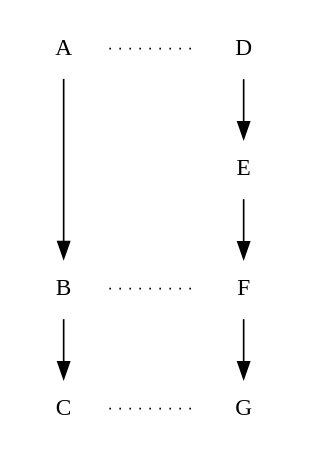
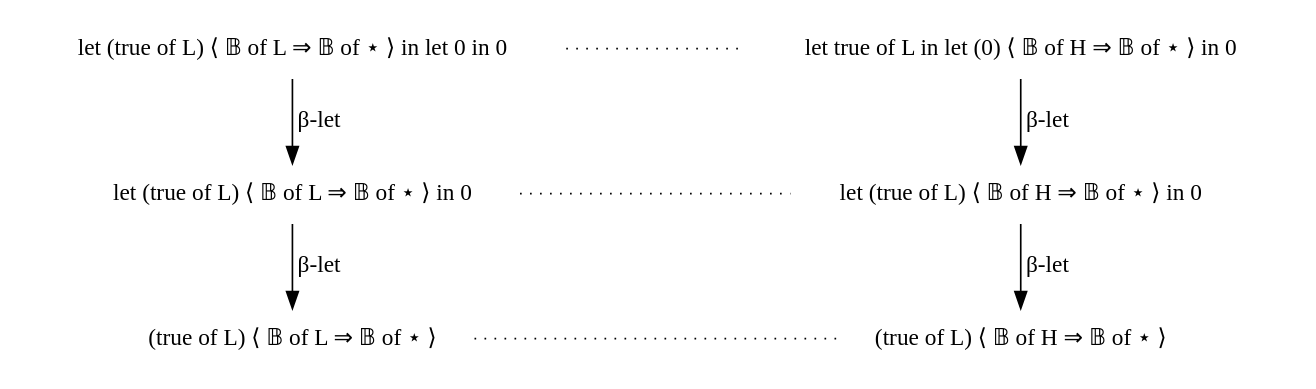
Before and after one commit to Gradual-Typing/LambdaIFCStar: the diagram in src/ExamplePrograms/Simulation/gen/example.dot, drawn with Graphviz.

```diff
--- a/src/ExamplePrograms/Simulation/gen/example.dot
+++ b/src/ExamplePrograms/Simulation/gen/example.dot
@@ -1,16 +1,26 @@
 digraph {
   node[shape=plaintext];
   subgraph left {
     rankdir="TB";
-    A -> B -> C;  // generate this sequence
+    // ↓ generate the sequence below ↓
+    left0 -> left1 [label="β-let"];
+    left0 [label="let (true of L) ⟨ 𝔹 of L ⇒ 𝔹 of ⋆ ⟩ in let 0 in 0"];
+    left1 -> left2 [label="β-let"];
+    left1 [label="let (true of L) ⟨ 𝔹 of L ⇒ 𝔹 of ⋆ ⟩ in 0"];
+    left2 [label="(true of L) ⟨ 𝔹 of L ⇒ 𝔹 of ⋆ ⟩"];
   }
   subgraph right {
     rankdir="TB";
-    D -> E -> F -> G;  // generate this sequence too
+    // ↓ generate this sequence too ↓
+    right0 -> right1 [label="β-let"];
+    right0 [label="let true of L in let (0) ⟨ 𝔹 of H ⇒ 𝔹 of ⋆ ⟩ in 0"];
+    right1 -> right2 [label="β-let"];
+    right1 [label="let (true of L) ⟨ 𝔹 of H ⇒ 𝔹 of ⋆ ⟩ in 0"];
+    right2 [label="(true of L) ⟨ 𝔹 of H ⇒ 𝔹 of ⋆ ⟩"];
   }
   edge[style=dotted, constraint=false, arrowhead=none, minlen=3];
-  // generate the simulation edges
-  A -> D; { rank="same"; A; D; }
-  B -> F; { rank="same"; B; F; }
-  C -> G; { rank="same"; C; G; }
+  // ↓ generate the simulation edges ↓
+  left0 -> right0; { rank="same"; left0; right0; }
+  left1 -> right1; { rank="same"; left1; right1; }
+  left2 -> right2; { rank="same"; left2; right2; }
 }
```
